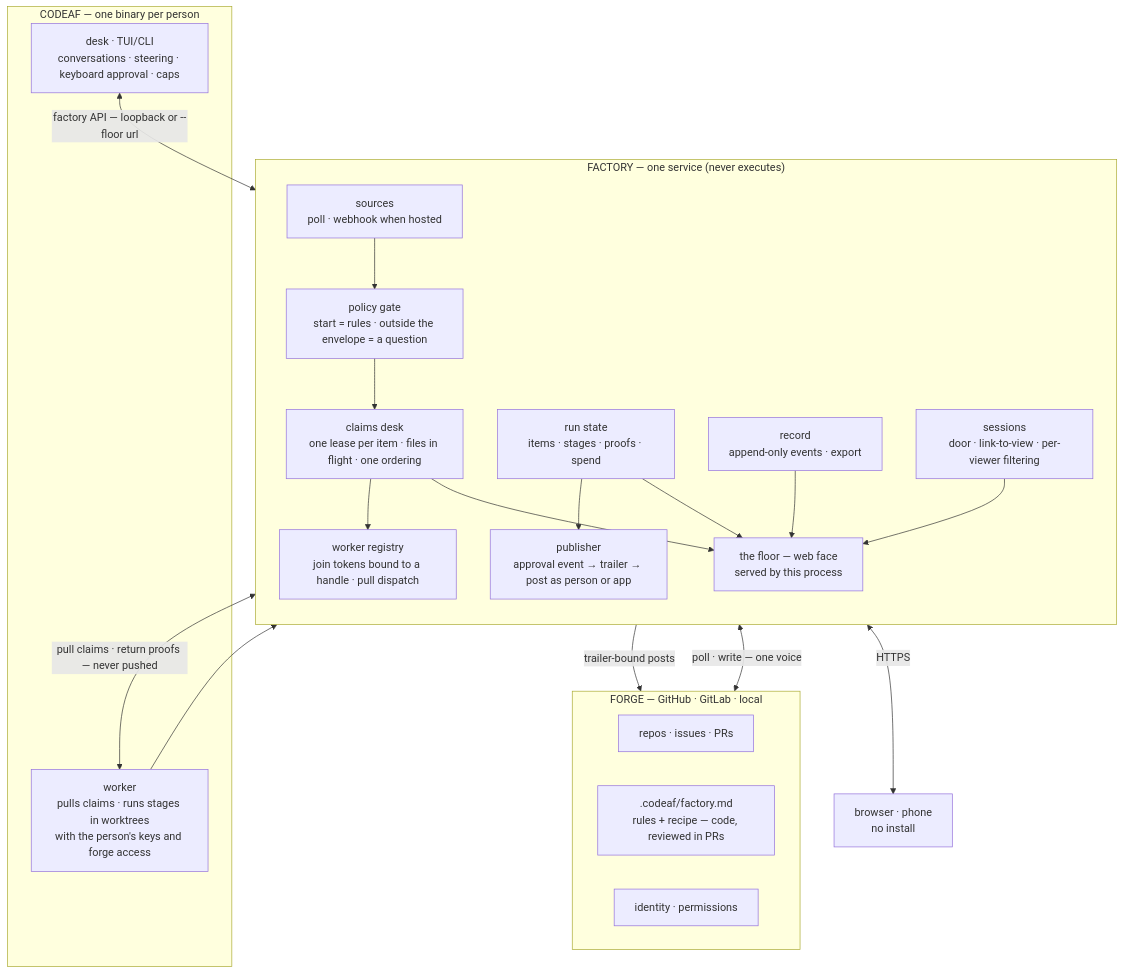
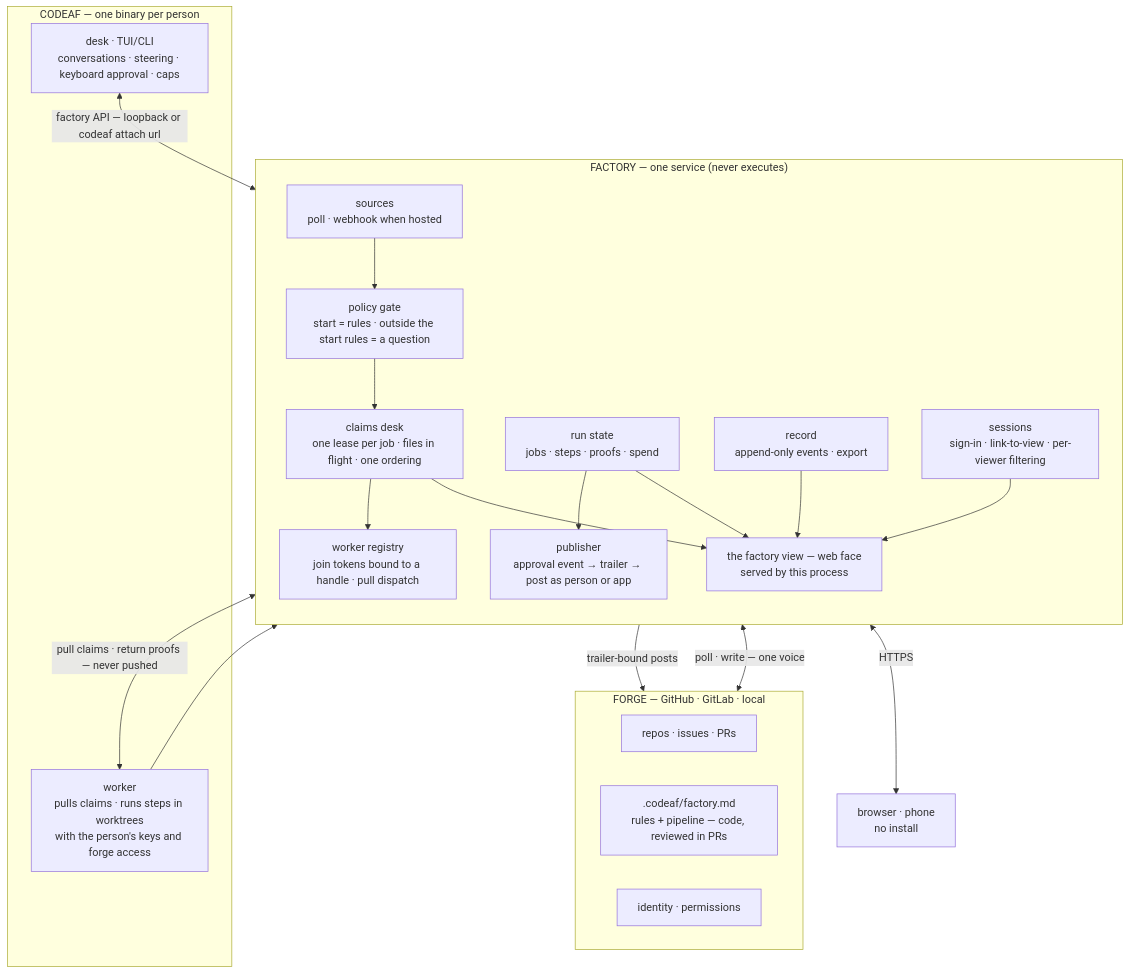
One commit to 0xMrMasry/CodeAF changed the second of 6 diagrams in docs/design/factory/PRODUCT.md. Above: the diagram before and after it, drawn with Mermaid. The commit also changed other lines of this file and 1 other file, not shown here.

Commit message:
docs(factory): release plan R0 binary / R1 controller app / R2 chat; vocabulary sweep

````diff
--- a/docs/design/factory/PRODUCT.md
+++ b/docs/design/factory/PRODUCT.md
@@ -178,39 +188,39 @@
 ```mermaid
 flowchart TB
     subgraph FORGE["FORGE — GitHub · GitLab · local"]
         R1[repos · issues · PRs]
-        R2[".codeaf/factory.md<br/>rules + recipe — code, reviewed in PRs"]
+        R2[".codeaf/factory.md<br/>rules + pipeline — code, reviewed in PRs"]
         R3[identity · permissions]
     end
 
     subgraph FACTORY["FACTORY — one service (never executes)"]
         direction TB
         SRC[sources<br/>poll · webhook when hosted]
-        PG[policy gate<br/>start = rules · outside the envelope = a question]
-        CD[claims desk<br/>one lease per item · files in flight · one ordering]
+        PG[policy gate<br/>start = rules · outside the start rules = a question]
+        CD[claims desk<br/>one lease per job · files in flight · one ordering]
         WR[worker registry<br/>join tokens bound to a handle · pull dispatch]
-        ST[run state<br/>items · stages · proofs · spend]
+        ST[run state<br/>jobs · steps · proofs · spend]
         REC[record<br/>append-only events · export]
         PUB[publisher<br/>approval event → trailer → post as person or app]
-        SES[sessions<br/>door · link-to-view · per-viewer filtering]
-        FLOOR[the floor — web face<br/>served by this process]
+        SES[sessions<br/>sign-in · link-to-view · per-viewer filtering]
+        VIEW[the factory view — web face<br/>served by this process]
     end
 
     subgraph CODEAF["CODEAF — one binary per person"]
         TUI[desk · TUI/CLI<br/>conversations · steering · keyboard approval · caps]
-        WK[worker<br/>pulls claims · runs stages in worktrees<br/>with the person's keys and forge access]
+        WK[worker<br/>pulls claims · runs steps in worktrees<br/>with the person's keys and forge access]
     end
 
     BR[browser · phone<br/>no install]
 
     FORGE <-->|"poll · write — one voice"| SRC
     SRC --> PG --> CD --> WR
     WR <-->|"pull claims · return proofs — never pushed"| WK
     WK --> ST --> PUB -->|trailer-bound posts| FORGE
-    ST --> FLOOR
-    CD --> FLOOR
-    REC --> FLOOR
-    SES --> FLOOR
-    TUI <-->|"factory API — loopback or --floor url"| ST
-    FLOOR <-->|HTTPS| BR
+    ST --> VIEW
+    CD --> VIEW
+    REC --> VIEW
+    SES --> VIEW
+    TUI <-->|"factory API — loopback or codeaf attach url"| ST
+    VIEW <-->|HTTPS| BR
 ```
````
